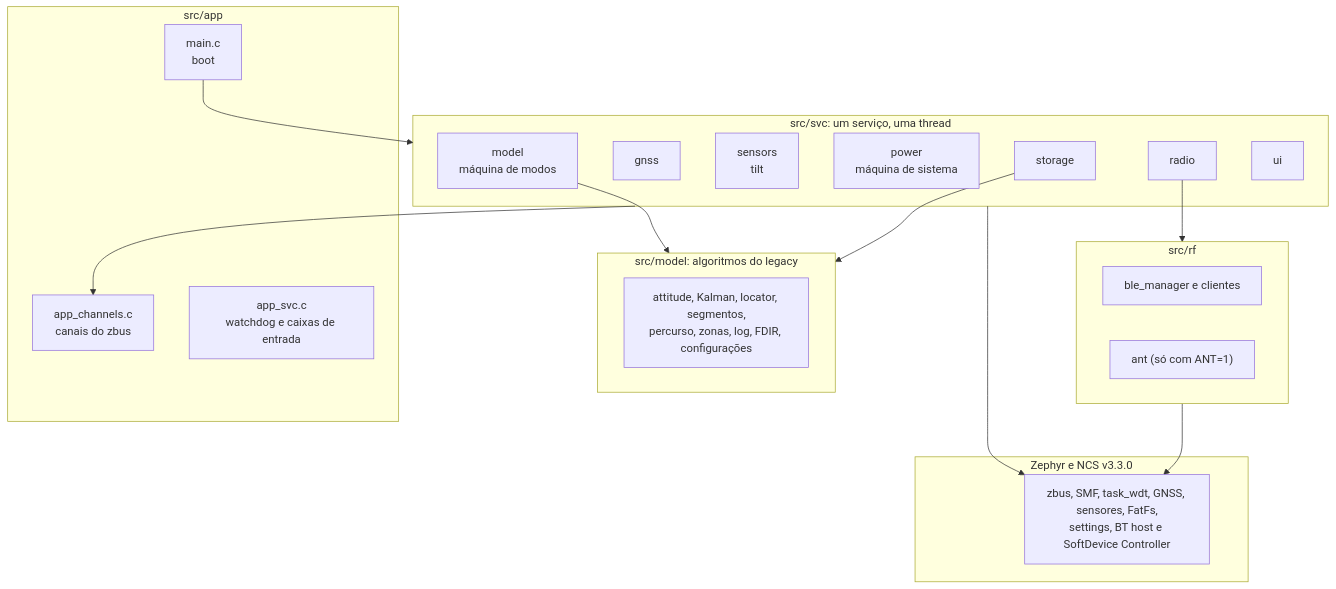
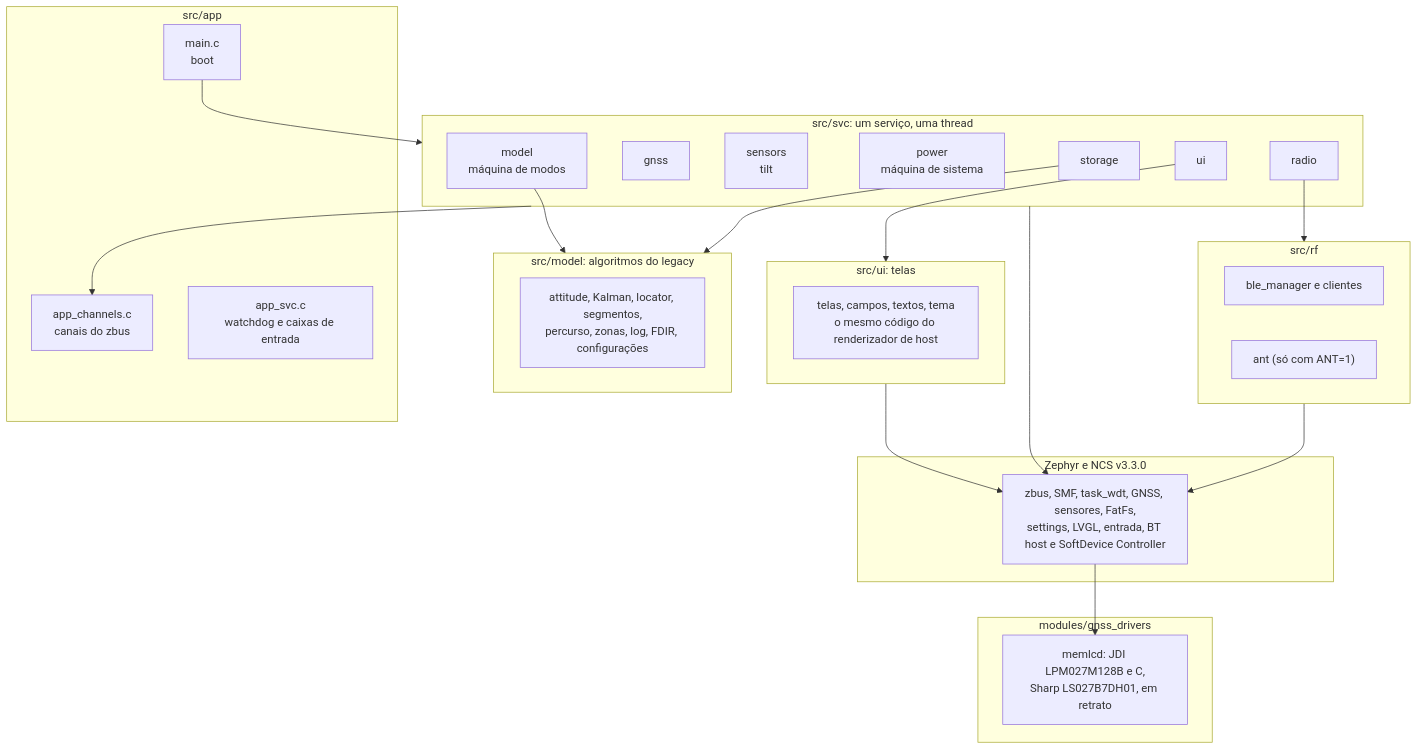
Before and after one commit to Guiimartinho/gnss-bike-computer: the first of 4 diagrams in docs/05-arquitetura-zephyr.md, drawn with Mermaid. The commit also changed other lines of this file and 47 other files, not shown here.

````diff
--- a/docs/05-arquitetura-zephyr.md
+++ b/docs/05-arquitetura-zephyr.md
@@ -12,34 +12,43 @@
 ```mermaid
 flowchart TB
     subgraph APP["src/app"]
         MAIN["main.c<br/>boot"]
         CHAN["app_channels.c<br/>canais do zbus"]
         SVCF["app_svc.c<br/>watchdog e caixas de entrada"]
     end
     subgraph SVC["src/svc: um serviço, uma thread"]
         PWR["power<br/>máquina de sistema"]
         GNS["gnss"]
         SNS["sensors<br/>tilt"]
         RAD["radio"]
         STO["storage"]
         MOD["model<br/>máquina de modos"]
         UIS["ui"]
     end
     subgraph MODEL["src/model: algoritmos do legacy"]
         ALG["attitude, Kalman, locator, segmentos,<br/>percurso, zonas, log, FDIR, configurações"]
     end
     subgraph RF["src/rf"]
         BLE["ble_manager e clientes"]
         ANTN["ant (só com ANT=1)"]
     end
+    subgraph UIX["src/ui: telas"]
+        SCRS["telas, campos, textos, tema<br/>o mesmo código do renderizador de host"]
+    end
     subgraph Z["Zephyr e NCS v3.3.0"]
-        ZAPI["zbus, SMF, task_wdt, GNSS, sensores, FatFs,<br/>settings, BT host e SoftDevice Controller"]
+        ZAPI["zbus, SMF, task_wdt, GNSS, sensores, FatFs,<br/>settings, LVGL, entrada, BT host e SoftDevice Controller"]
+    end
+    subgraph DRV["modules/gnss_drivers"]
+        MEM["memlcd: JDI LPM027M128B e C,<br/>Sharp LS027B7DH01, em retrato"]
     end
     MAIN --> SVC
     SVC --> CHAN
     MOD --> MODEL
     STO --> MODEL
     RAD --> RF
+    UIS --> UIX
+    UIX --> ZAPI
     SVC --> ZAPI
     RF --> ZAPI
+    ZAPI --> MEM
 ```
````
